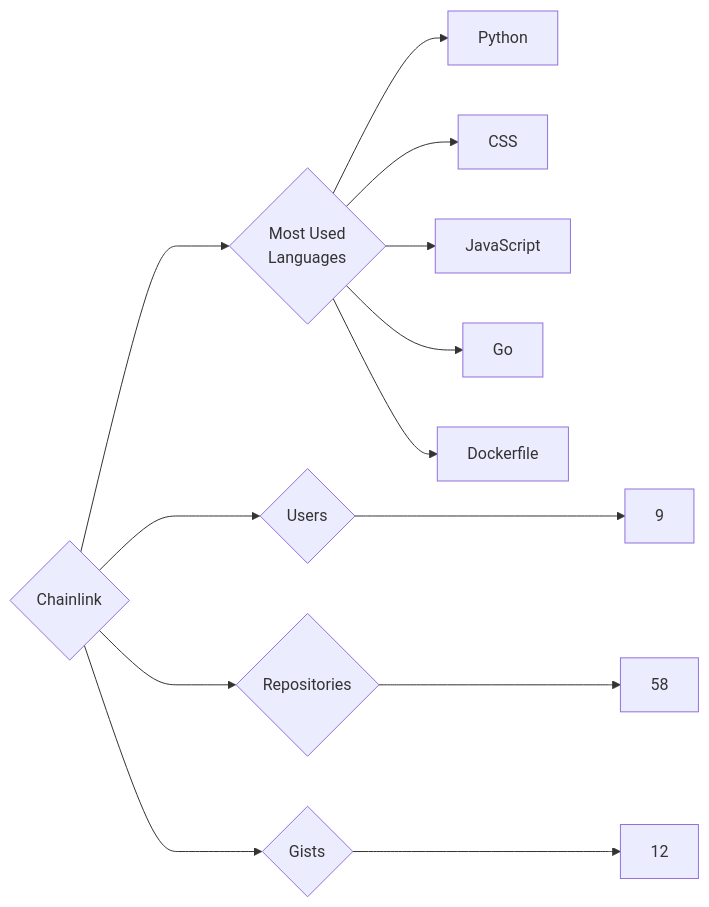
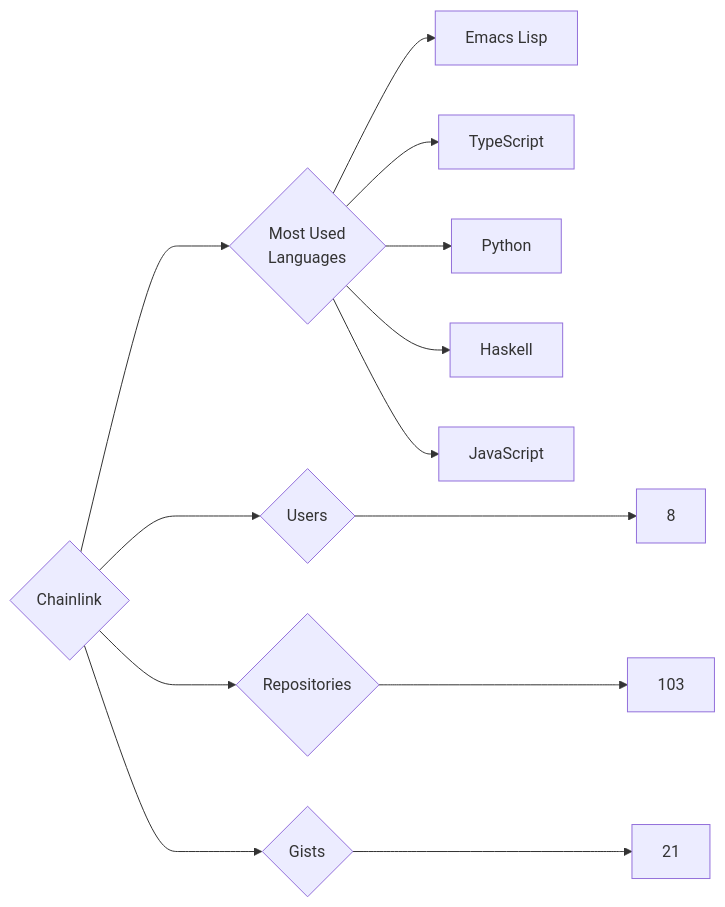
Before and after one commit to trickest/insiders: the diagram in targets/Chainlink/README.md, drawn with Mermaid. The commit also changed 1036 other files, not shown here.

````diff
--- a/targets/Chainlink/README.md
+++ b/targets/Chainlink/README.md
@@ -3,13 +3,13 @@
 ```mermaid
 graph LR
 COMPANY_NAME{Chainlink}
-COMPANY_NAME ---> U{Users} ---> UN[9]
-COMPANY_NAME ---> R{Repositories} ---> RN[58]
-COMPANY_NAME ---> G{Gists} ---> GN[12]
+COMPANY_NAME ---> U{Users} ---> UN[8]
+COMPANY_NAME ---> R{Repositories} ---> RN[103]
+COMPANY_NAME ---> G{Gists} ---> GN[21]
 COMPANY_NAME ---> ML{Most Used<br>Languages}
+ML --> Emacs_Lisp[Emacs Lisp]
+ML --> TypeScript[TypeScript]
 ML --> Python[Python]
-ML --> CSS[CSS]
+ML --> Haskell[Haskell]
 ML --> JavaScript[JavaScript]
-ML --> Go[Go]
-ML --> Dockerfile[Dockerfile]
 ```
````
